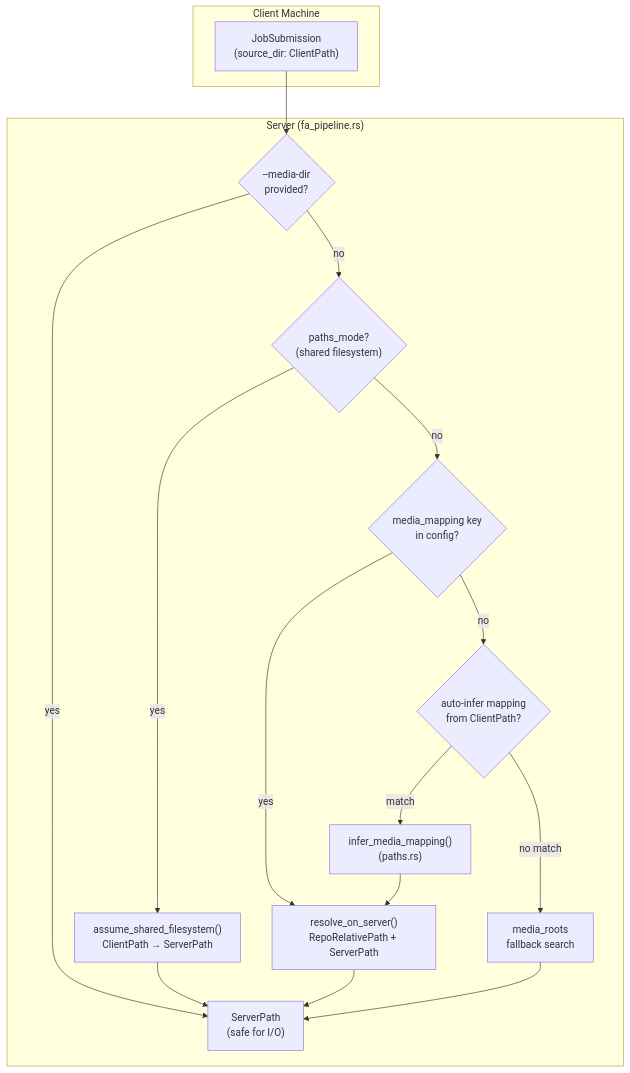
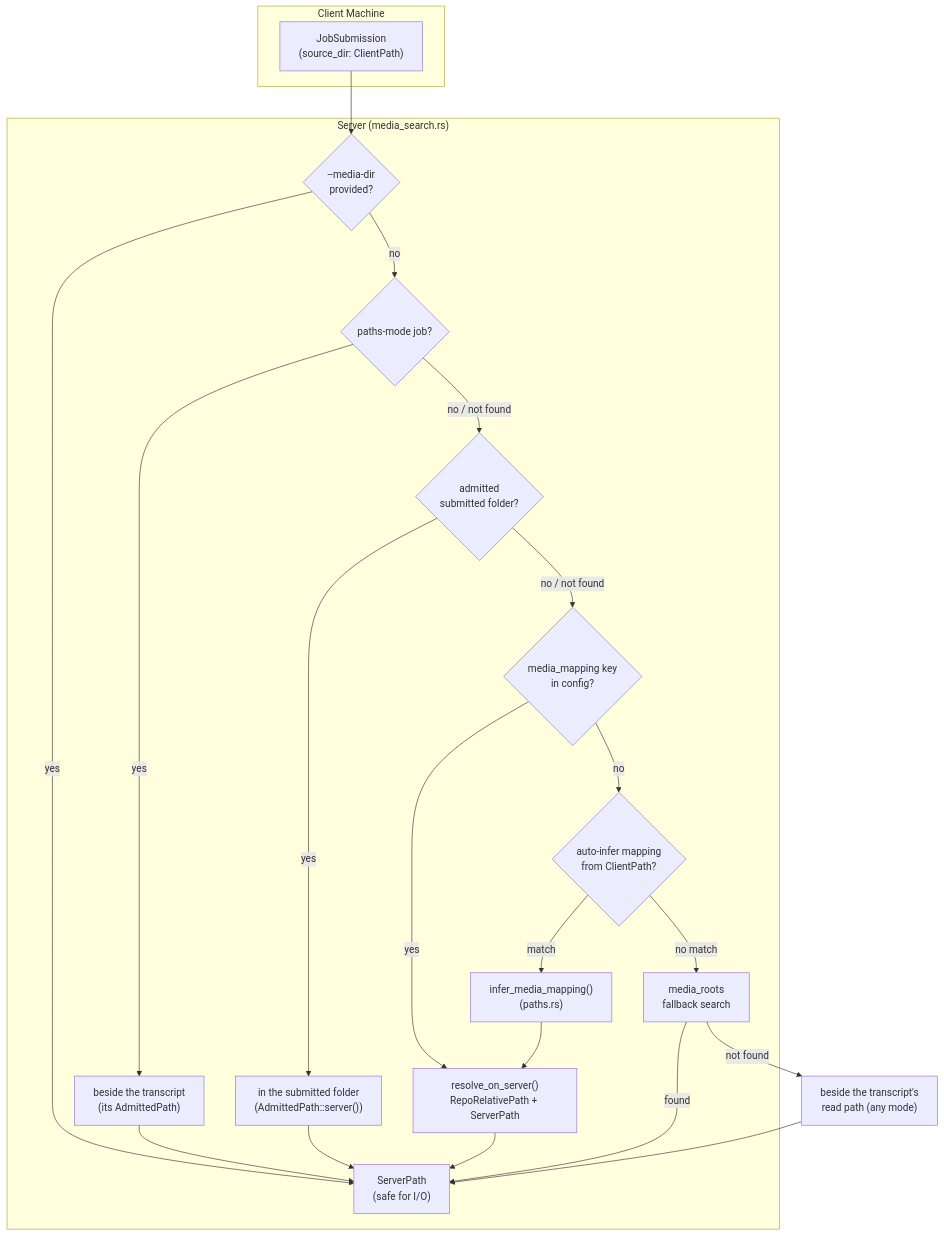
Before and after one commit to FranklinChen/talkbank-tools: the third of 3 diagrams in book/src/batchalign/architecture/path-provenance.md, drawn with Mermaid. The commit also changed other lines of this file and 164 other files, not shown here.

````diff
--- a/book/src/batchalign/architecture/path-provenance.md
+++ b/book/src/batchalign/architecture/path-provenance.md
@@ -151,30 +342,36 @@
 ```mermaid
 flowchart TD
     subgraph Client["Client Machine"]
         submit["JobSubmission\n(source_dir: ClientPath)"]
     end
 
-    subgraph Server["Server (fa_pipeline.rs)"]
+    subgraph Server["Server (media_search.rs)"]
         step1{"--media-dir\nprovided?"}
-        step2{"paths_mode?\n(shared filesystem)"}
+        step2{"paths-mode job?"}
+        step2b{"admitted\nsubmitted folder?"}
         step3{"media_mapping key\nin config?"}
         step4{"auto-infer mapping\nfrom ClientPath?"}
         step5["media_roots\nfallback search"]
 
-        convert["assume_shared_filesystem()\nClientPath → ServerPath"]
+        adjacent["beside the transcript\n(its AdmittedPath)"]
+        folder["in the submitted folder\n(AdmittedPath::server())"]
         infer["infer_media_mapping()\n(paths.rs)"]
         resolve["resolve_on_server()\nRepoRelativePath + ServerPath"]
 
         found["ServerPath\n(safe for I/O)"]
     end
 
     submit --> step1
     step1 -->|"yes"| found
     step1 -->|"no"| step2
-    step2 -->|"yes"| convert --> found
-    step2 -->|"no"| step3
+    step2 -->|"yes"| adjacent --> found
+    step2 -->|"no / not found"| step2b
+    step2b -->|"yes"| folder --> found
+    step2b -->|"no / not found"| step3
     step3 -->|"yes"| resolve --> found
     step3 -->|"no"| step4
     step4 -->|"match"| infer --> resolve
-    step4 -->|"no match"| step5 --> found
+    step4 -->|"no match"| step5
+    step5 -->|"found"| found
+    step5 -->|"not found"| last["beside the transcript's\nread path (any mode)"] --> found
 ```
````
